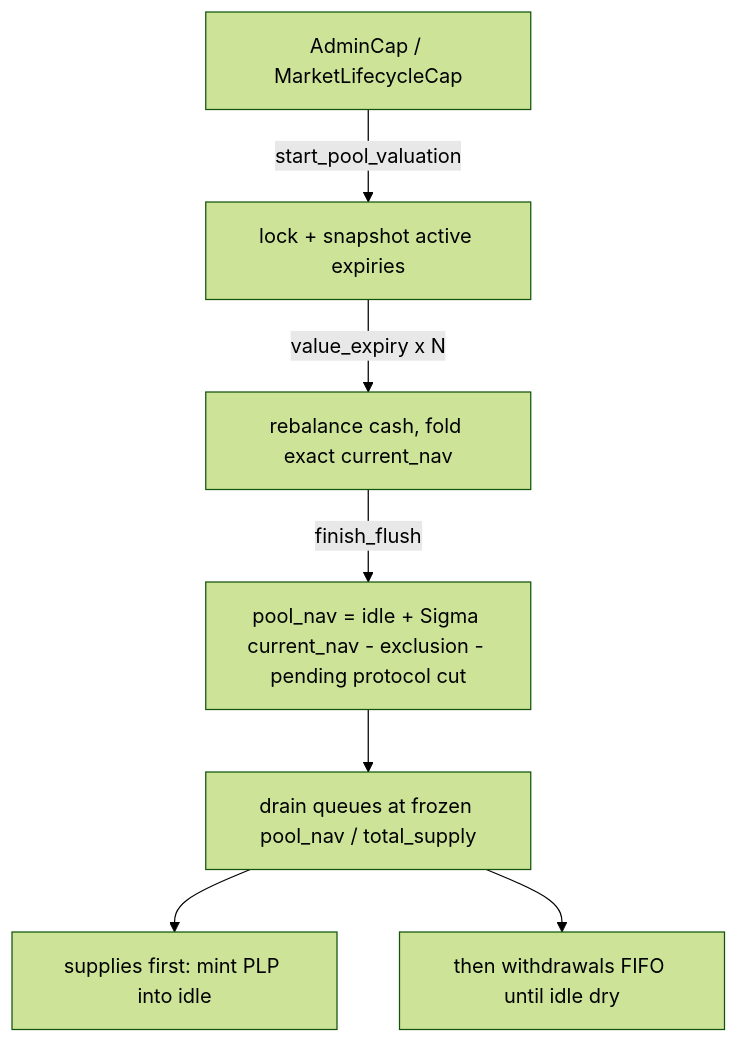
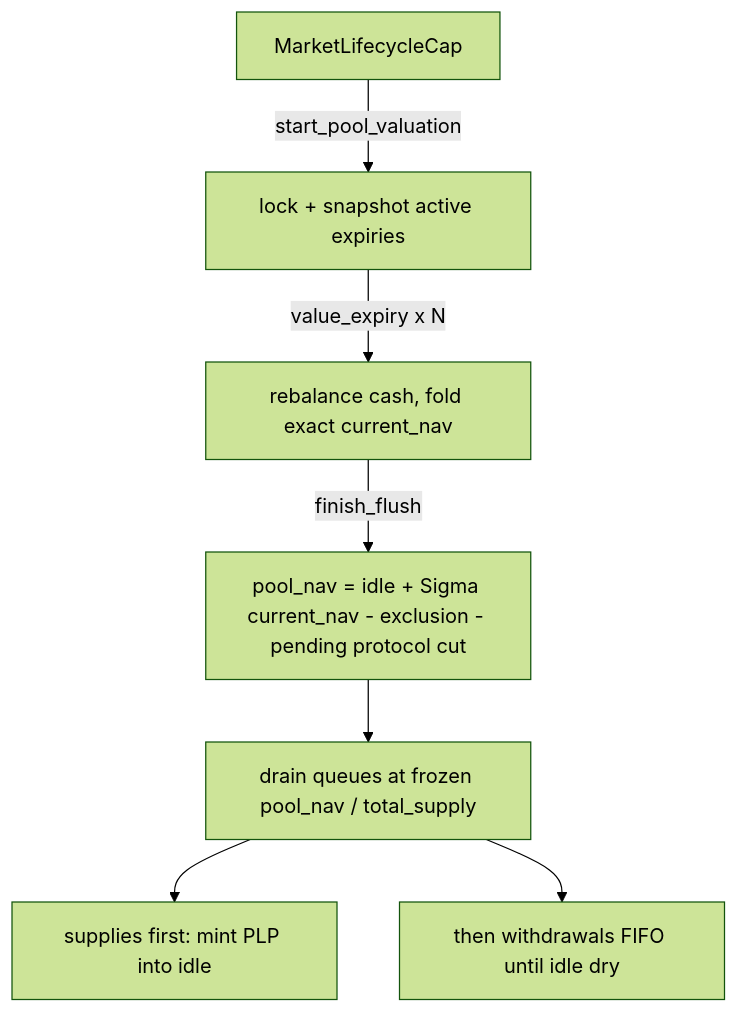
The diagram in packages/predict/docs/concepts/liquidity-and-nav.md (MystenLabs/deepbookv3), drawn with Mermaid (forest theme) before and after one commit. The commit also changed 25 other files, not shown here.

````diff
--- a/packages/predict/docs/concepts/liquidity-and-nav.md
+++ b/packages/predict/docs/concepts/liquidity-and-nav.md
@@ -76,9 +76,9 @@
 ```mermaid
 flowchart TD
-  CAP[AdminCap / MarketLifecycleCap] -->|start_pool_valuation| LOCK[lock + snapshot active expiries]
+  CAP[MarketLifecycleCap] -->|start_pool_valuation| LOCK[lock + snapshot active expiries]
   LOCK -->|value_expiry x N| EXP[rebalance cash, fold exact current_nav]
   EXP -->|finish_flush| NAV[pool_nav = idle + Sigma current_nav - exclusion - pending protocol cut]
   NAV --> DRAIN[drain queues at frozen pool_nav / total_supply]
   DRAIN --> SUP[supplies first: mint PLP into idle]
   DRAIN --> WD[then withdrawals FIFO until idle dry]
 ```
````
